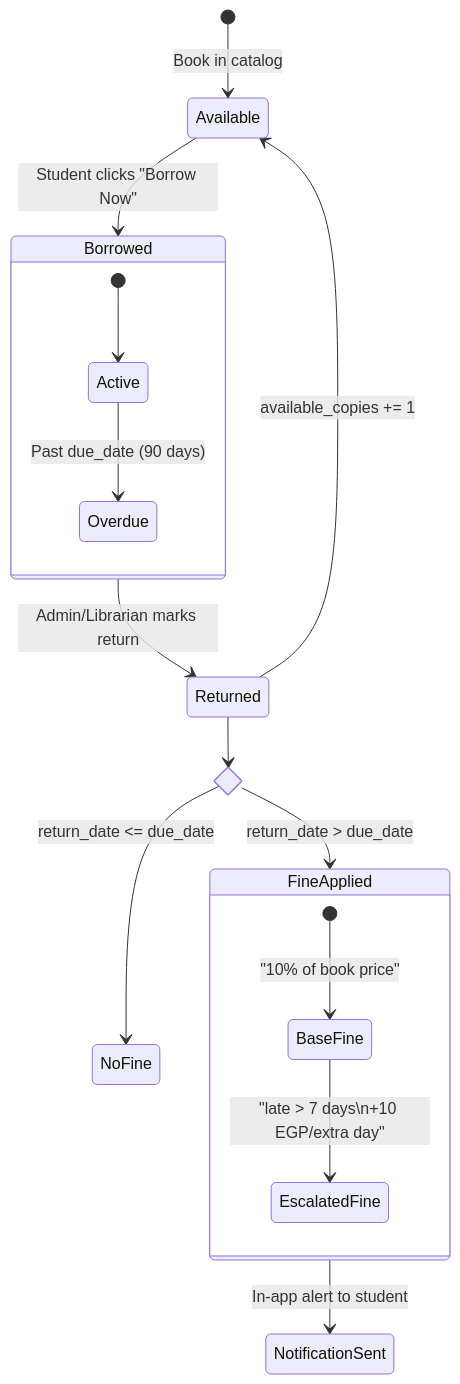
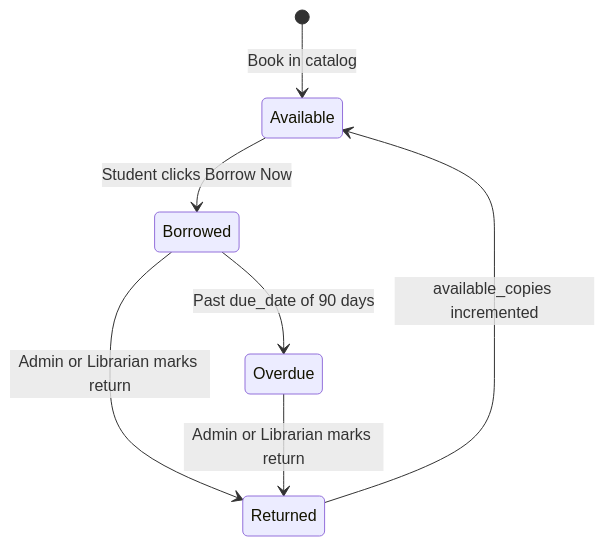
One commit to ahmed0913/library changed the fourth of 6 diagrams in README.md. Above: the diagram before and after it, drawn with Mermaid. The commit also changed other lines of this file and 5 other files, not shown here.

````diff
--- a/README.md
+++ b/README.md
@@ -228,25 +255,9 @@
 ```mermaid
 stateDiagram-v2
-    [*] --> Available: Book in catalog
-    Available --> Borrowed: Student clicks "Borrow Now"
-
-    state Borrowed {
-        [*] --> Active
-        Active --> Overdue: Past due_date (90 days)
-    }
-
-    Borrowed --> Returned: Admin/Librarian marks return
-    Returned --> Available: available_copies += 1
-
-    state ReturnCheck <<choice>>
-    Returned --> ReturnCheck
-    ReturnCheck --> NoFine: return_date <= due_date
-    ReturnCheck --> FineApplied: return_date > due_date
-
-    state FineApplied {
-        [*] --> BaseFine: "10% of book price"
-        BaseFine --> EscalatedFine: "late > 7 days\n+10 EGP/extra day"
-    }
-
-    FineApplied --> NotificationSent: In-app alert to student
+    [*] --> Available : Book in catalog
+    Available --> Borrowed : Student clicks Borrow Now
+    Borrowed --> Returned : Admin or Librarian marks return
+    Returned --> Available : available_copies incremented
+    Borrowed --> Overdue : Past due_date of 90 days
+    Overdue --> Returned : Admin or Librarian marks return
 ```
````
